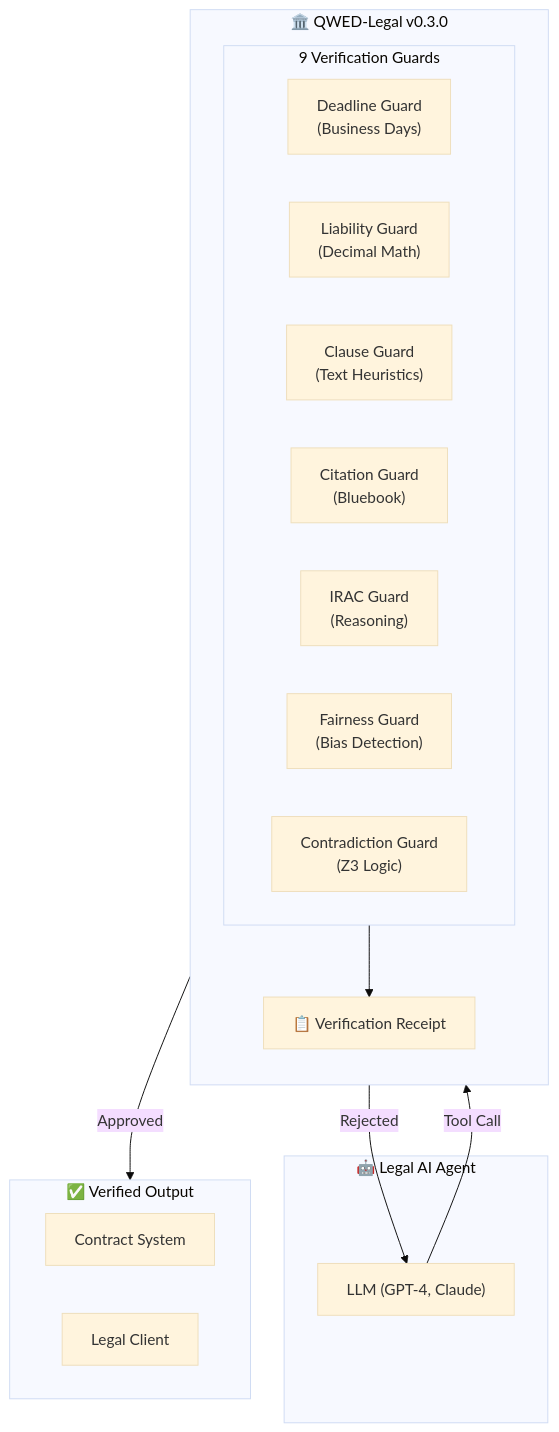
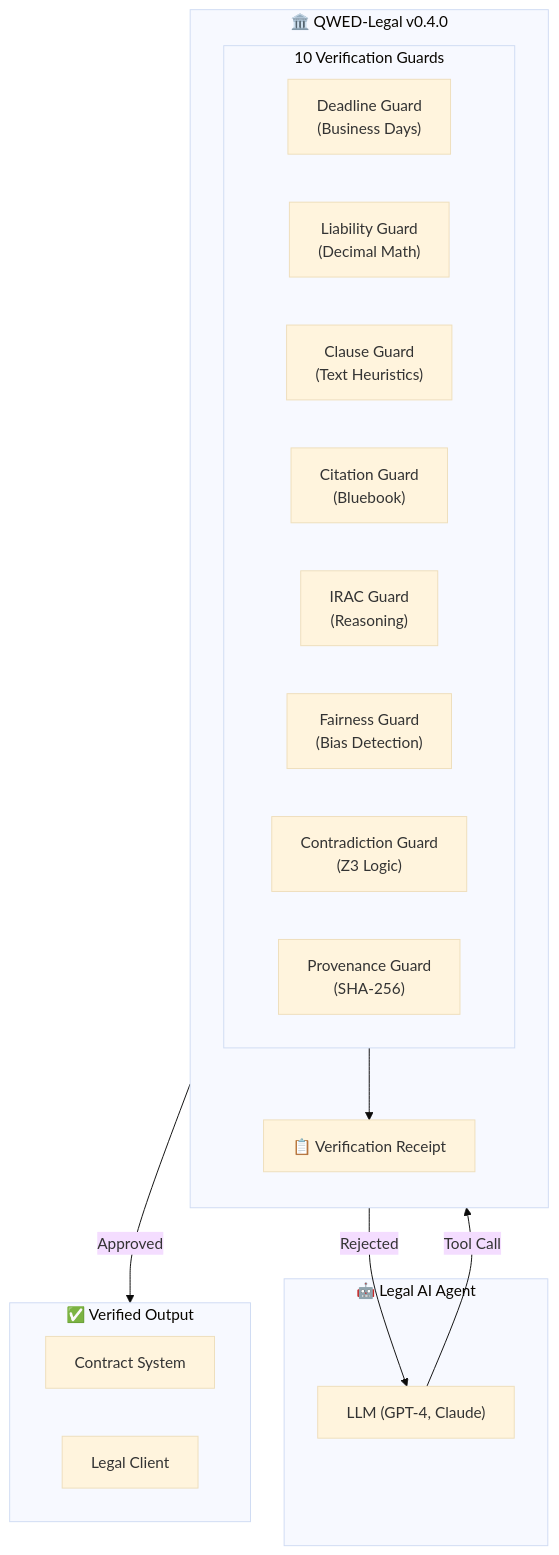
One commit to QWED-AI/docs changed the first of 2 diagrams in legal/overview.mdx. Above: the diagram before and after it, drawn with Mermaid (base theme). The commit also changed other lines of this file and 2 other files, not shown here.

Commit message:
Document ProvenanceGuard for AI content provenance verification

````diff
--- a/legal/overview.mdx
+++ b/legal/overview.mdx
@@ -76,30 +78,31 @@
 ```mermaid
 flowchart TB
     subgraph Agent["🤖 Legal AI Agent"]
         LLM["LLM (GPT-4, Claude)"]
     end
     
-    subgraph QWED["🏛️ QWED-Legal v0.3.0"]
+    subgraph QWED["🏛️ QWED-Legal v0.4.0"]
         direction TB
-        subgraph Guards["9 Verification Guards"]
+        subgraph Guards["10 Verification Guards"]
             DG["Deadline Guard<br/>(Business Days)"]
             LG["Liability Guard<br/>(Decimal Math)"]
             CG["Clause Guard<br/>(Text Heuristics)"]
             CTG["Citation Guard<br/>(Bluebook)"]
             IG["IRAC Guard<br/>(Reasoning)"]
             FG["Fairness Guard<br/>(Bias Detection)"]
             CDG["Contradiction Guard<br/>(Z3 Logic)"]
+            PG["Provenance Guard<br/>(SHA-256)"]
         end
         Receipt["📋 Verification Receipt"]
     end
     
     subgraph Output["✅ Verified Output"]
         Contract["Contract System"]
         Client["Legal Client"]
     end
     
     LLM -->|"Tool Call"| Guards
     Guards --> Receipt
     Receipt -->|"Approved"| Output
     Receipt -->|"Rejected"| LLM
 ```
````
